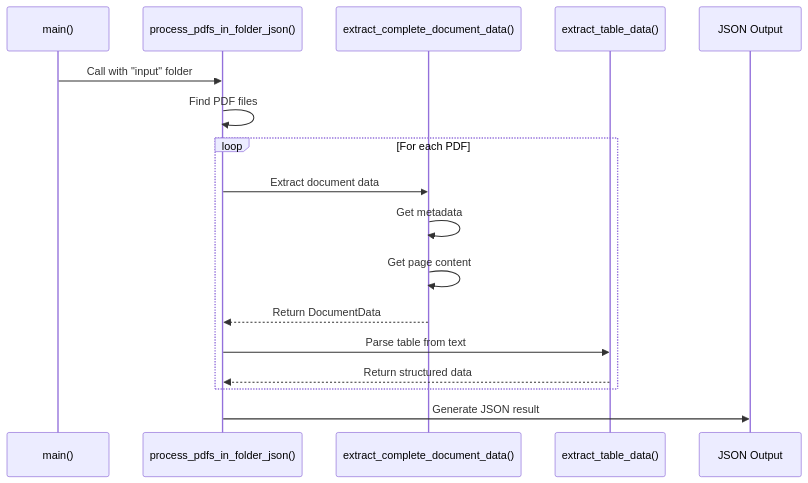
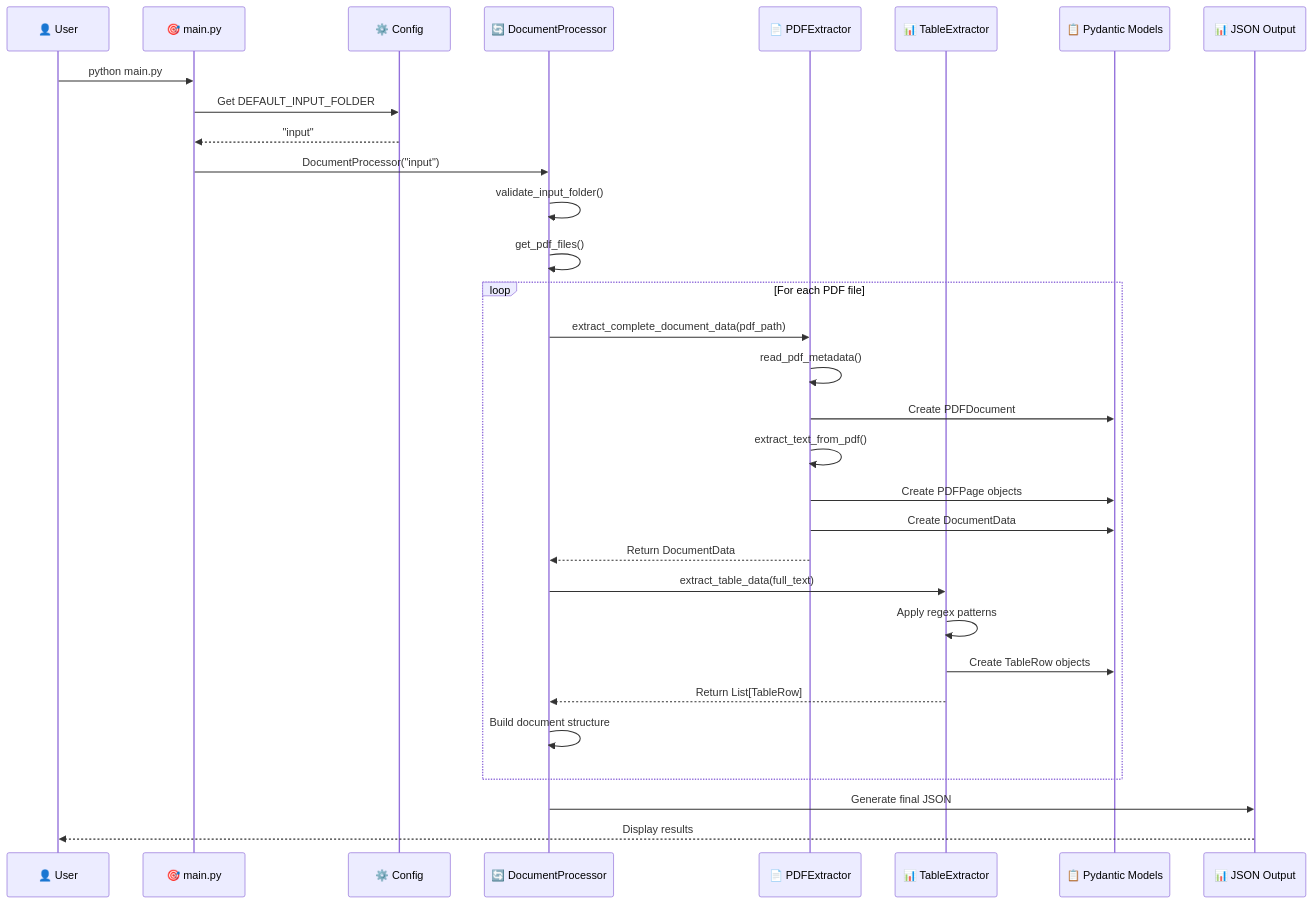
One commit to jaynro/fitz-lab changed the sixth of 9 diagrams in README.md. Above: the diagram before and after it, drawn with Mermaid. The commit also changed other lines of this file and 12 other files, not shown here.

````diff
--- a/README.md
+++ b/README.md
@@ -122,20 +263,38 @@
 ```mermaid
 sequenceDiagram
-    participant Main as main()
-    participant Processor as process_pdfs_in_folder_json()
-    participant Extractor as extract_complete_document_data()
-    participant Parser as extract_table_data()
-    participant Output as JSON Output
+    participant User as 👤 User
+    participant Main as 🎯 main.py
+    participant Config as ⚙️ Config
+    participant Processor as 🔄 DocumentProcessor
+    participant PDFExt as 📄 PDFExtractor
+    participant TableExt as 📊 TableExtractor
+    participant Models as 📋 Pydantic Models
+    participant Output as 📊 JSON Output
     
-    Main->>Processor: Call with "input" folder
-    Processor->>Processor: Find PDF files
-    loop For each PDF
-        Processor->>Extractor: Extract document data
-        Extractor->>Extractor: Get metadata
-        Extractor->>Extractor: Get page content
-        Extractor-->>Processor: Return DocumentData
-        Processor->>Parser: Parse table from text
-        Parser-->>Processor: Return structured data
+    User->>Main: python main.py
+    Main->>Config: Get DEFAULT_INPUT_FOLDER
+    Config-->>Main: "input"
+    Main->>Processor: DocumentProcessor("input")
+    Processor->>Processor: validate_input_folder()
+    Processor->>Processor: get_pdf_files()
+    
+    loop For each PDF file
+        Processor->>PDFExt: extract_complete_document_data(pdf_path)
+        PDFExt->>PDFExt: read_pdf_metadata()
+        PDFExt->>Models: Create PDFDocument
+        PDFExt->>PDFExt: extract_text_from_pdf()
+        PDFExt->>Models: Create PDFPage objects
+        PDFExt->>Models: Create DocumentData
+        PDFExt-->>Processor: Return DocumentData
+        
+        Processor->>TableExt: extract_table_data(full_text)
+        TableExt->>TableExt: Apply regex patterns
+        TableExt->>Models: Create TableRow objects
+        TableExt-->>Processor: Return List[TableRow]
+        
+        Processor->>Processor: Build document structure
     end
-    Processor->>Output: Generate JSON result
+    
+    Processor->>Output: Generate final JSON
+    Output-->>User: Display results
 ```
````
